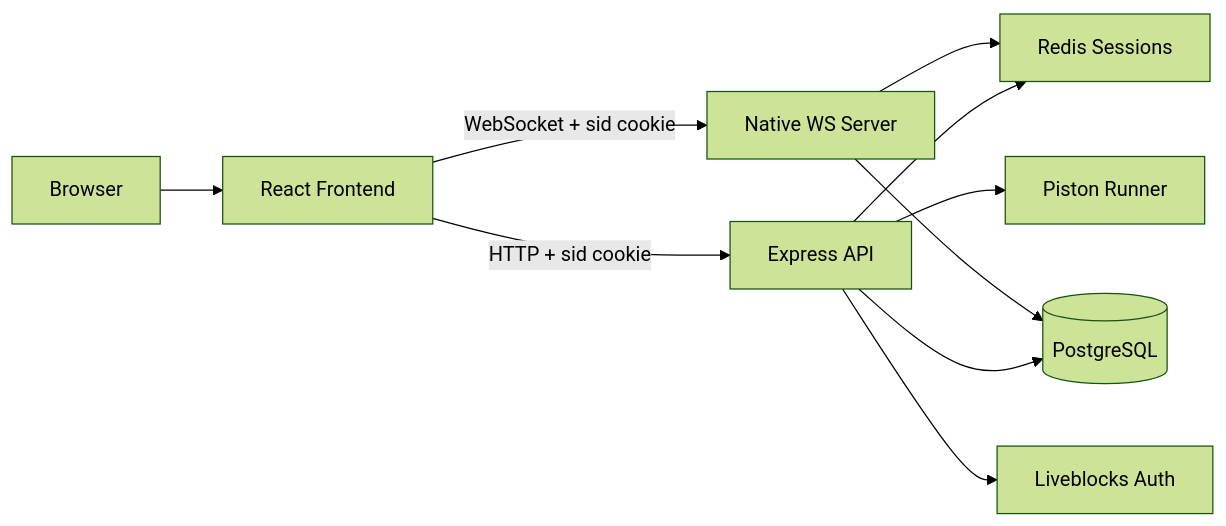
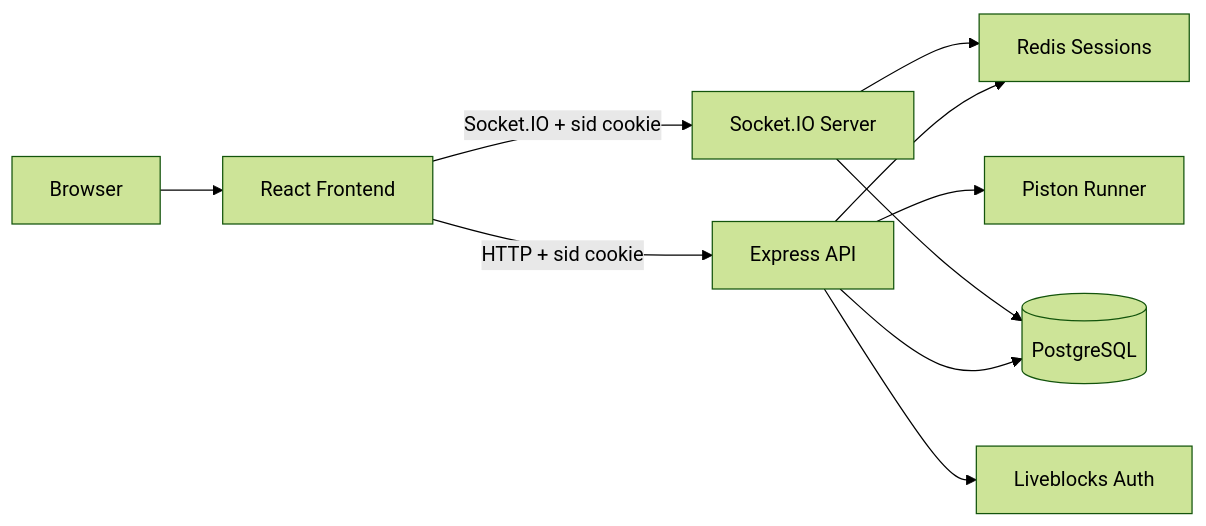
One commit to ANUKOOL324/StarSync changed the first of 2 diagrams in README.md. Above: the diagram before and after it, drawn with Mermaid (forest theme). The commit also changed other lines of this file and 15 other files, not shown here.

````diff
--- a/README.md
+++ b/README.md
@@ -72,12 +72,12 @@
 ```mermaid
 flowchart LR
   User[Browser] --> Frontend[React Frontend]
   Frontend -->|HTTP + sid cookie| API[Express API]
-  Frontend -->|WebSocket + sid cookie| WS[Native WS Server]
+  Frontend -->|Socket.IO + sid cookie| Realtime[Socket.IO Server]
   API --> Session[Redis Sessions]
-  WS --> Session
+  Realtime --> Session
   API --> DB[(PostgreSQL)]
-  WS --> DB
+  Realtime --> DB
   API --> Piston[Piston Runner]
   API --> Liveblocks[Liveblocks Auth]
 ```
````
